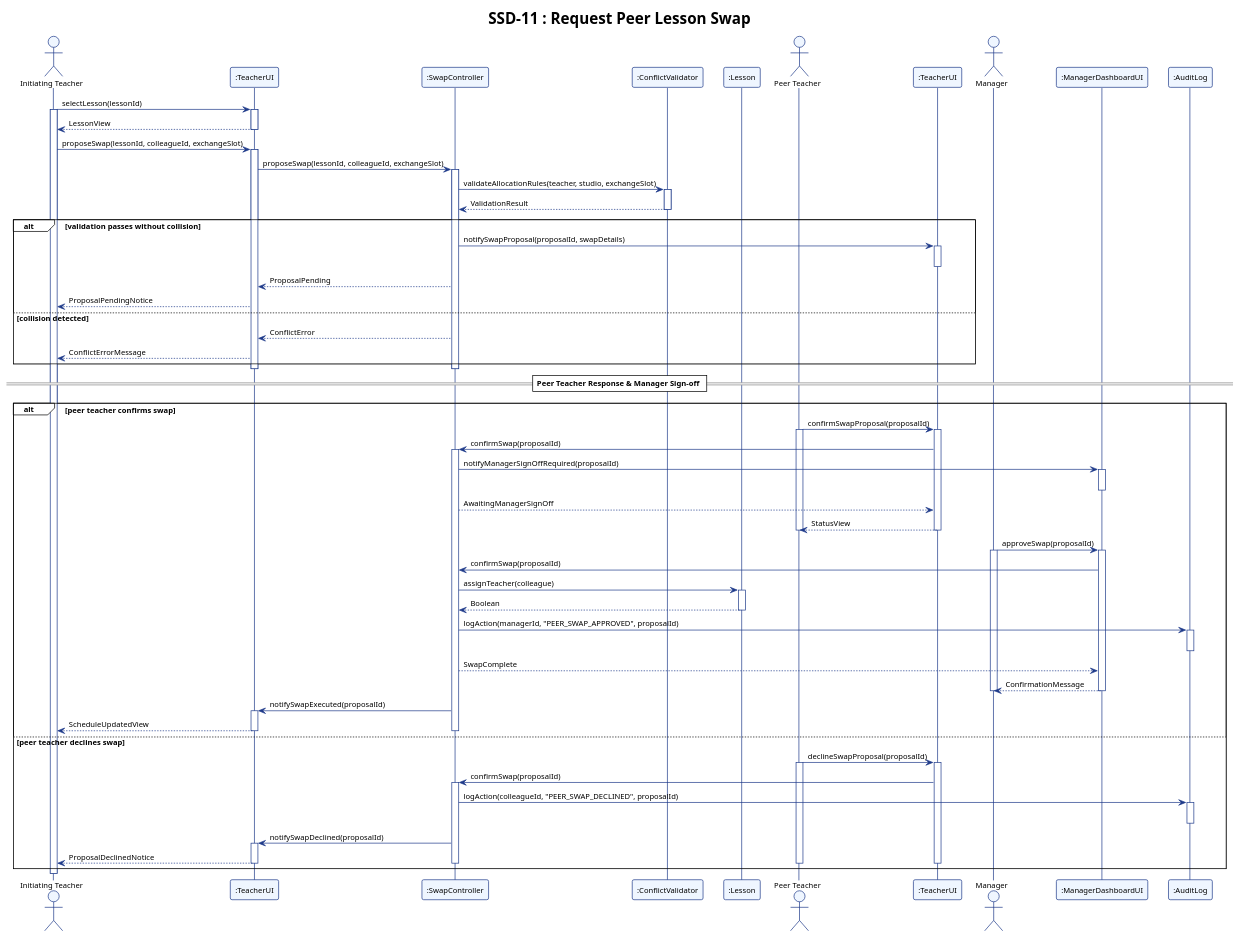
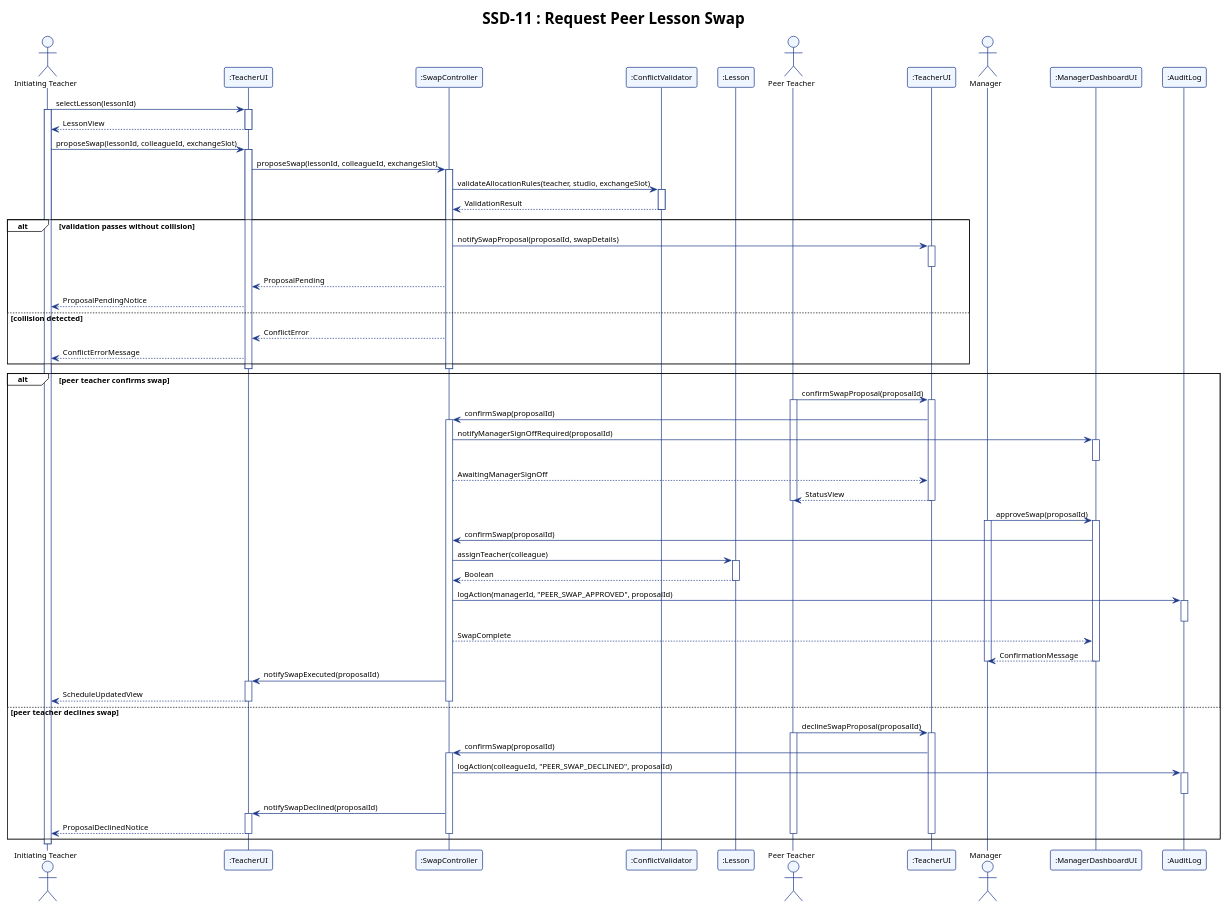
Before and after one commit to adoreblvnk/2001temp: the diagram in report/assets/ssd_11.puml, drawn with PlantUML. The commit also changed 12 other files, not shown here.

First line of the commit message:
fix(diagrams): strip UML divider separators from sequence diagrams

```diff
--- a/report/assets/ssd_11.puml
+++ b/report/assets/ssd_11.puml
@@ -1,123 +1,122 @@
 @startuml ssd_11
 !theme plain
 skinparam shadowing false
 skinparam defaultFontName "Helvetica", "Arial", sans-serif
 skinparam defaultFontSize 11
 skinparam sequence {
     ParticipantBorderColor #1E3A8A
     ParticipantBackgroundColor #EFF6FF
     LifeLineBorderColor #1E3A8A
     LifeLineBackgroundColor #FFFFFF
     ArrowColor #1E3A8A
     ActorBorderColor #1E3A8A
     ActorBackgroundColor #EFF6FF
 }
 
 title SSD-11 : Request Peer Lesson Swap
 
 actor "Initiating Teacher" as Teacher
 participant ":TeacherUI" as TeacherUI
 participant ":SwapController" as SwapController
 participant ":ConflictValidator" as ConflictValidator
 participant ":Lesson" as Lesson
 actor "Peer Teacher" as Colleague
 participant ":TeacherUI" as ColleagueUI
 actor Manager
 participant ":ManagerDashboardUI" as ManagerUI
 participant ":AuditLog" as AuditLog
 
 Teacher -> TeacherUI : selectLesson(lessonId)
 activate Teacher
 activate TeacherUI
 TeacherUI --> Teacher : LessonView
 deactivate TeacherUI
 
 Teacher -> TeacherUI : proposeSwap(lessonId, colleagueId, exchangeSlot)
 activate TeacherUI
 TeacherUI -> SwapController : proposeSwap(lessonId, colleagueId, exchangeSlot)
 activate SwapController
 
 SwapController -> ConflictValidator : validateAllocationRules(teacher, studio, exchangeSlot)
 activate ConflictValidator
 ConflictValidator --> SwapController : ValidationResult
 deactivate ConflictValidator
 
 alt validation passes without collision
     SwapController -> ColleagueUI : notifySwapProposal(proposalId, swapDetails)
     activate ColleagueUI
     deactivate ColleagueUI
 
     SwapController --> TeacherUI : ProposalPending
     TeacherUI --> Teacher : ProposalPendingNotice
 else collision detected
     SwapController --> TeacherUI : ConflictError
     TeacherUI --> Teacher : ConflictErrorMessage
 end
 
 deactivate SwapController
 deactivate TeacherUI
 
-== Peer Teacher Response & Manager Sign-off ==
 
 alt peer teacher confirms swap
     Colleague -> ColleagueUI : confirmSwapProposal(proposalId)
     activate Colleague
     activate ColleagueUI
     ColleagueUI -> SwapController : confirmSwap(proposalId)
     activate SwapController
 
     SwapController -> ManagerUI : notifyManagerSignOffRequired(proposalId)
     activate ManagerUI
     deactivate ManagerUI
 
     SwapController --> ColleagueUI : AwaitingManagerSignOff
     ColleagueUI --> Colleague : StatusView
     deactivate ColleagueUI
     deactivate Colleague
 
     Manager -> ManagerUI : approveSwap(proposalId)
     activate Manager
     activate ManagerUI
     ManagerUI -> SwapController : confirmSwap(proposalId)
 
     SwapController -> Lesson : assignTeacher(colleague)
     activate Lesson
     Lesson --> SwapController : Boolean
     deactivate Lesson
 
     SwapController -> AuditLog : logAction(managerId, "PEER_SWAP_APPROVED", proposalId)
     activate AuditLog
     deactivate AuditLog
 
     SwapController --> ManagerUI : SwapComplete
     ManagerUI --> Manager : ConfirmationMessage
     deactivate ManagerUI
     deactivate Manager
 
     SwapController -> TeacherUI : notifySwapExecuted(proposalId)
     activate TeacherUI
     TeacherUI --> Teacher : ScheduleUpdatedView
     deactivate TeacherUI
     deactivate SwapController
 else peer teacher declines swap
     Colleague -> ColleagueUI : declineSwapProposal(proposalId)
     activate Colleague
     activate ColleagueUI
     ColleagueUI -> SwapController : confirmSwap(proposalId)
     activate SwapController
 
     SwapController -> AuditLog : logAction(colleagueId, "PEER_SWAP_DECLINED", proposalId)
     activate AuditLog
     deactivate AuditLog
 
     SwapController -> TeacherUI : notifySwapDeclined(proposalId)
     activate TeacherUI
     TeacherUI --> Teacher : ProposalDeclinedNotice
     deactivate TeacherUI
     deactivate SwapController
     deactivate ColleagueUI
     deactivate Colleague
 end
 
 deactivate Teacher
 @enduml
```
